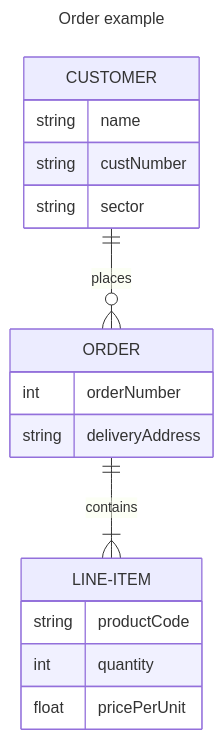
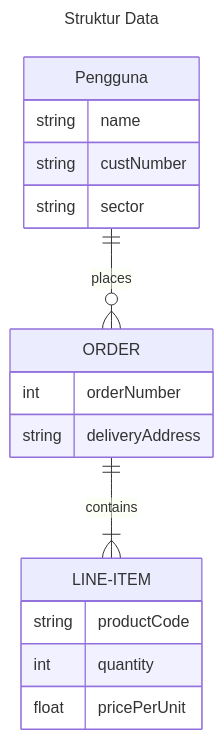
Before and after one commit to Kichies/UTS-pengenalan-informatika: the diagram in jawab-interview.md, drawn with Mermaid.

Commit message:
Saved jawab-interview.md with Dillinger.io

````diff
--- a/jawab-interview.md
+++ b/jawab-interview.md
@@ -38,22 +38,22 @@
 ```mermaid
 ---
-title: Order example
+title: Struktur Data
 ---
 erDiagram
-    CUSTOMER ||--o{ ORDER : places
-    CUSTOMER {
+    Pengguna ||--o{ ORDER : places
+    Pengguna {
         string name
         string custNumber
         string sector
     }
     ORDER ||--|{ LINE-ITEM : contains
     ORDER {
         int orderNumber
         string deliveryAddress
     }
     LINE-ITEM {
         string productCode
         int quantity
         float pricePerUnit
     }
 ```
````
